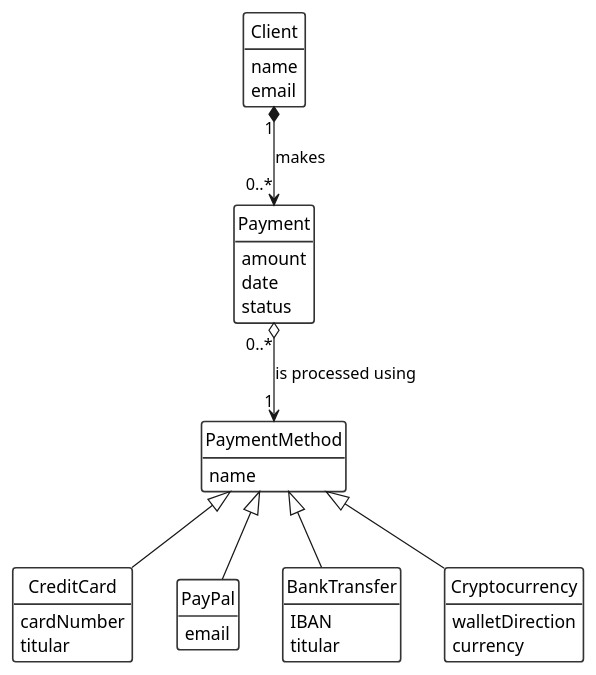
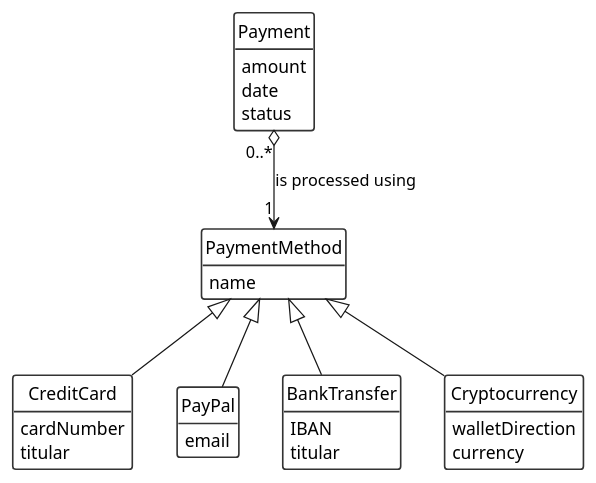
Before and after one commit to wcortiz/java-learning: the diagram in 01-solid/01-payment-system/docs/diagrams/03-class-diagrams/conceptual-class-diagram/conceptual-class-diagram.puml, drawn with PlantUML. The commit also changed 2 other files, not shown here.

Commit message:
docs(payment-system): edit conceptual class diagram and update README

```diff
--- a/01-solid/01-payment-system/docs/diagrams/03-class-diagrams/conceptual-class-diagram/conceptual-class-diagram.puml
+++ b/01-solid/01-payment-system/docs/diagrams/03-class-diagrams/conceptual-class-diagram/conceptual-class-diagram.puml
@@ -1,64 +1,58 @@
 @startuml conceptual-class-diagram
 
 '------- HIDE ELEMENTOS AND SKINPARAM ---------'
 
 skinparam classAttributeIconSize 0
 skinparam classBorderThickness 1.3
 
 hide methods
 hide circle
 
 '------------- COLOR DEFINITION ---------------'
 
 skinparam class {
     BackgroundColor #FFFFFF
     BorderColor     #333333
 }
 
 '------------ ELEMENTS DEFINITION ---------------'
-
-class Client {
-    name
-    email
-}
 
 class Payment {
     amount
     date
     status
 }
 
 class PaymentMethod {
     name
 }
 
 class CreditCard {
     cardNumber
     titular
 }
 
 class PayPal {
     email
 }
 
 class BankTransfer {
     IBAN
     titular
 }
 
 class Cryptocurrency {
     walletDirection
     currency
 }
 
 '-------------- RELATIONSHIPS -----------------'
 
-Client "1" *--> "0..*" Payment : makes
 Payment "0..*" o--> "1" PaymentMethod : is processed using
 
 PaymentMethod <|-- CreditCard
 PaymentMethod <|-- PayPal
 PaymentMethod <|-- BankTransfer
 PaymentMethod <|-- Cryptocurrency
 
 @enduml
```
